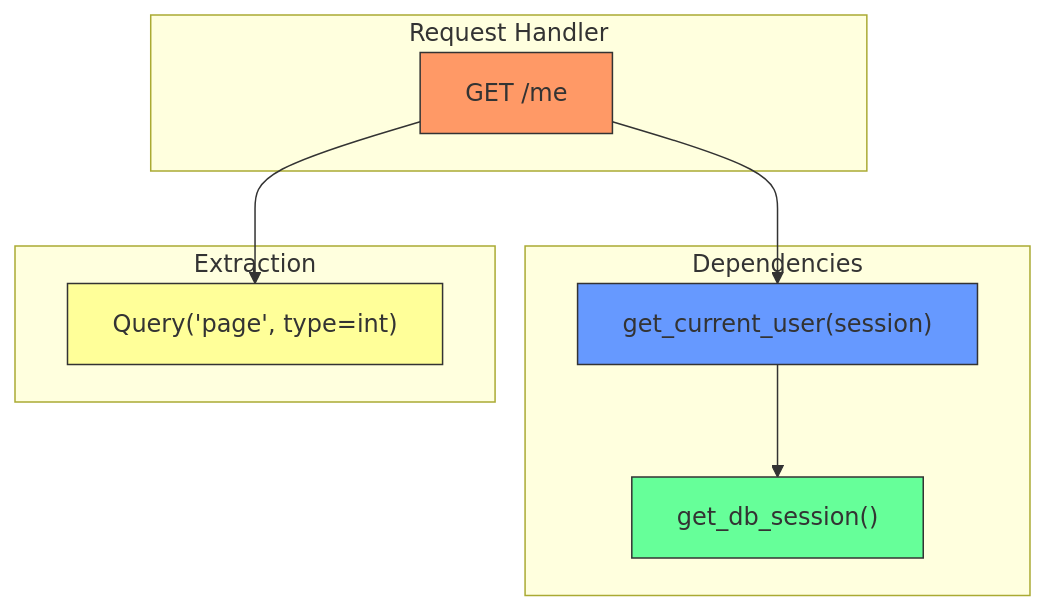
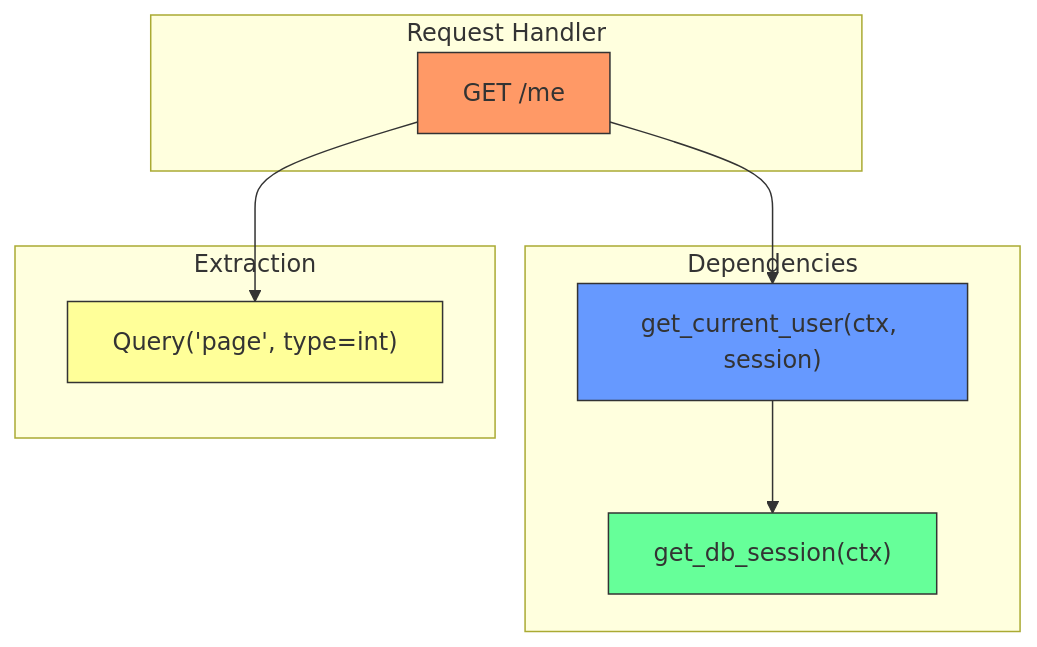
The eighth of 8 diagrams in docs/docs/src/content/docs/v1.0/advanced/dependency-injection.md (sillohq/core), drawn with Mermaid before and after one commit. The commit also changed other lines of this file and 18 other files, not shown here.

````diff
--- a/docs/docs/src/content/docs/v1.0/advanced/dependency-injection.md
+++ b/docs/docs/src/content/docs/v1.0/advanced/dependency-injection.md
@@ -757,24 +749,24 @@
 ```mermaid
 graph TD
     subgraph Request Handler
         H["GET /me"]
     end
 
     subgraph Dependencies
-        U["get_current_user(session)"]
-        DB["get_db_session()"]
+        U["get_current_user(ctx, session)"]
+        DB["get_db_session(ctx)"]
     end
 
     subgraph Extraction
         Q["Query('page', type=int)"]
     end
 
     H --> U
     H --> Q
     U --> DB
 
     style H fill:#f96,stroke:#333
     style U fill:#69f,stroke:#333
     style DB fill:#6f9,stroke:#333
     style Q fill:#ff9,stroke:#333
 ```
````
